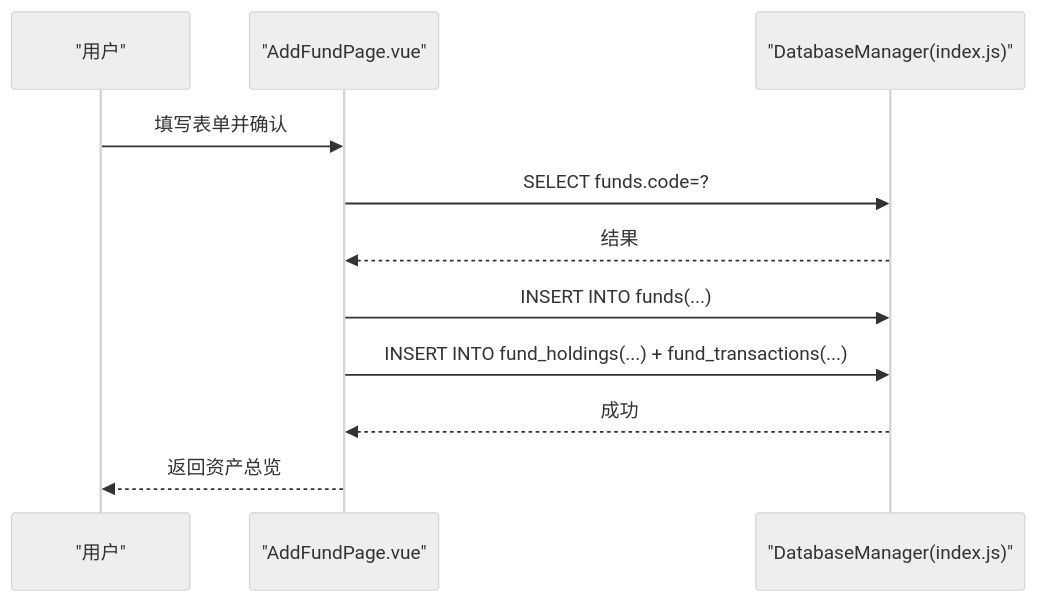
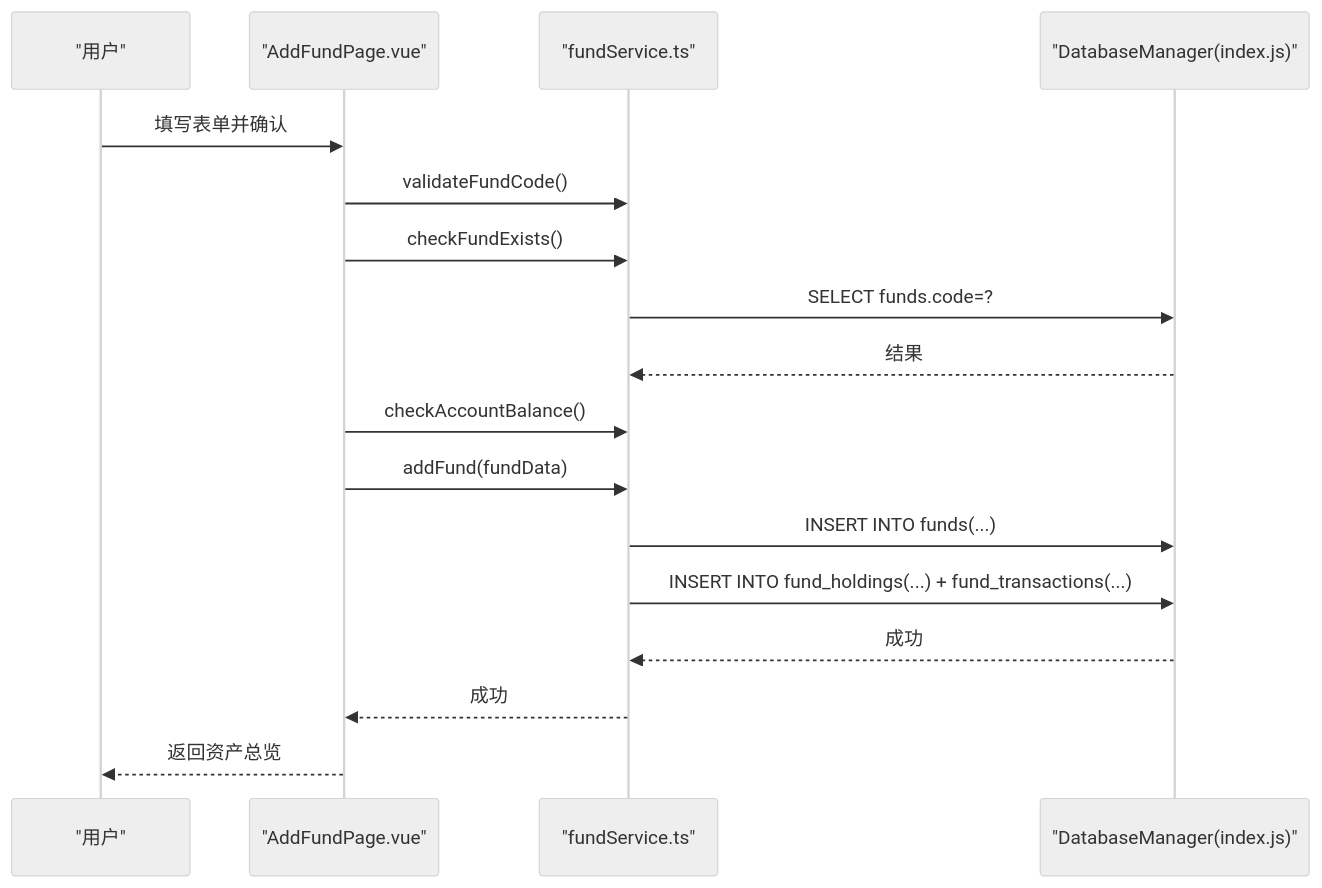
The sixth of 10 diagrams in .qoder/repowiki/zh/content/资产管理/资产管理.md (xiao-lin-unit/yuan), drawn with Mermaid (neutral theme) before and after one commit. The commit also changed other lines of this file and 21 other files, not shown here.

````diff
--- a/.qoder/repowiki/zh/content/资产管理/资产管理.md
+++ b/.qoder/repowiki/zh/content/资产管理/资产管理.md
@@ -209,13 +282,19 @@
 ```mermaid
 sequenceDiagram
 participant U as "用户"
 participant AFP as "AddFundPage.vue"
+participant FS as "fundService.ts"
 participant DB as "DatabaseManager(index.js)"
 U->>AFP : 填写表单并确认
-AFP->>DB : SELECT funds.code=?
-DB-->>AFP : 结果
-AFP->>DB : INSERT INTO funds(...)
-AFP->>DB : INSERT INTO fund_holdings(...) + fund_transactions(...)
-DB-->>AFP : 成功
+AFP->>FS : validateFundCode()
+AFP->>FS : checkFundExists()
+FS->>DB : SELECT funds.code=?
+DB-->>FS : 结果
+AFP->>FS : checkAccountBalance()
+AFP->>FS : addFund(fundData)
+FS->>DB : INSERT INTO funds(...)
+FS->>DB : INSERT INTO fund_holdings(...) + fund_transactions(...)
+DB-->>FS : 成功
+FS-->>AFP : 成功
 AFP-->>U : 返回资产总览
 ```
````
